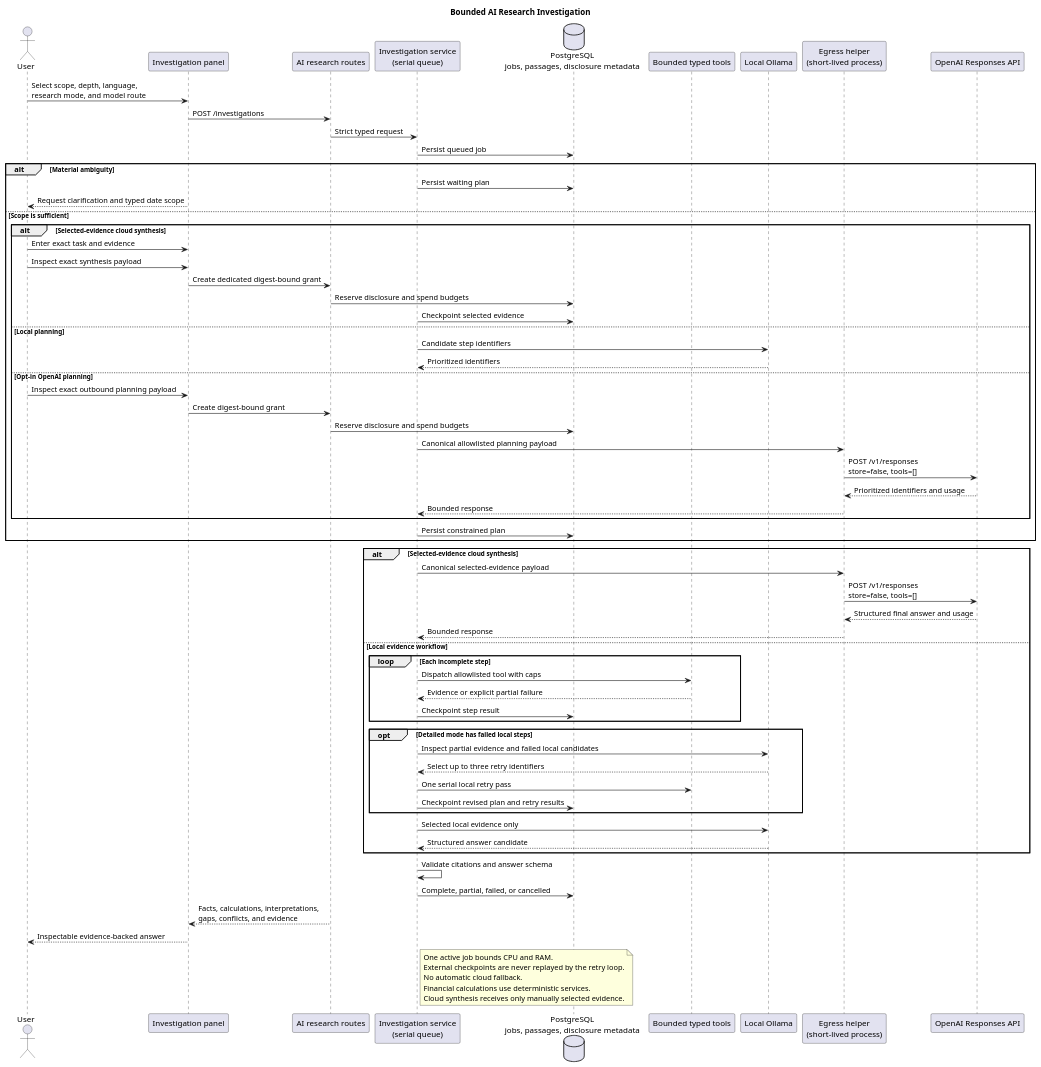
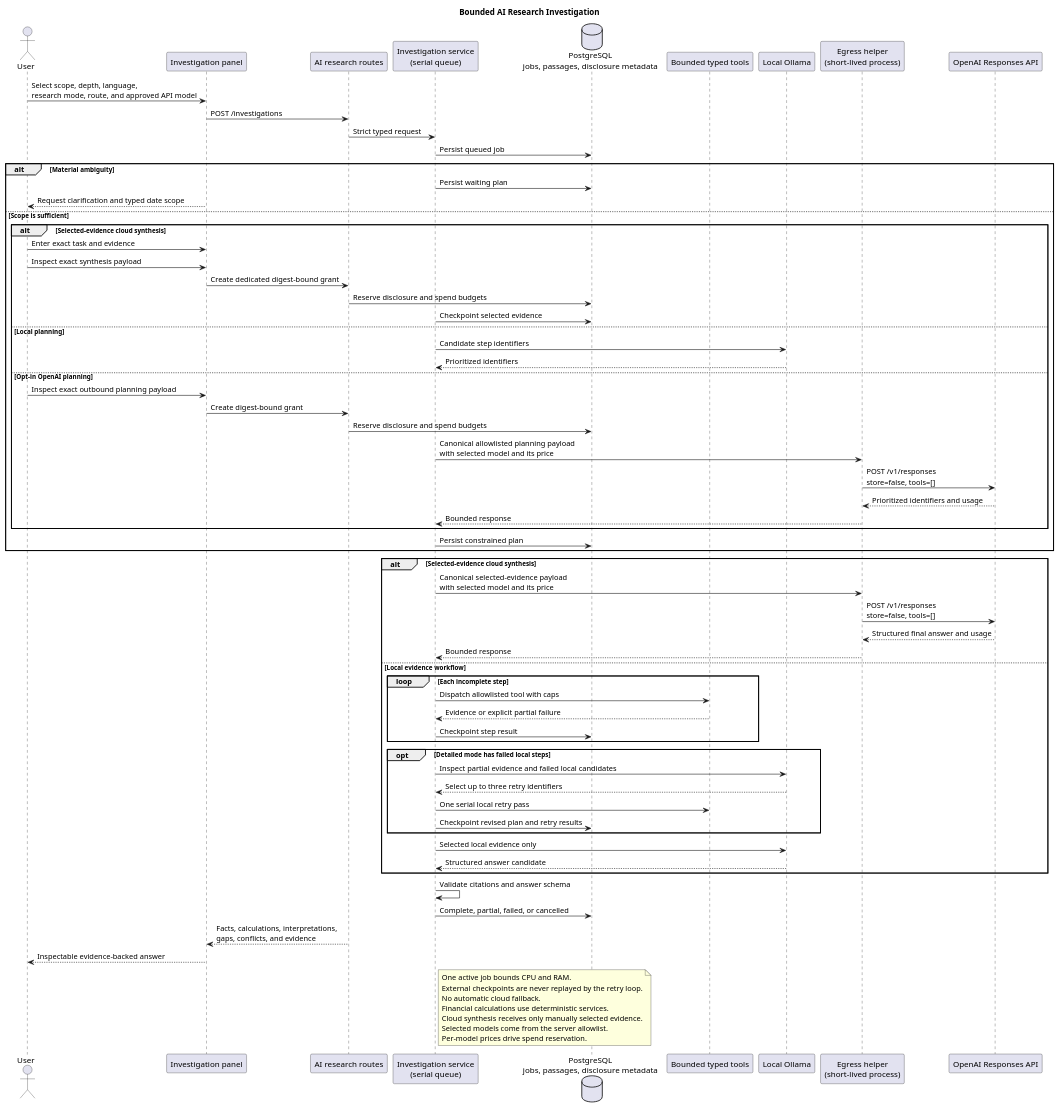
Before and after one commit to EraPartner/Vision: the diagram in docs/diagrams/ai-research-investigation-flow.puml, drawn with PlantUML. The commit also changed 16 other files, not shown here.

Commit message:
feat(ai): allowlist OpenAI research models

```diff
--- a/docs/diagrams/ai-research-investigation-flow.puml
+++ b/docs/diagrams/ai-research-investigation-flow.puml
@@ -1,78 +1,80 @@
 @startuml
 title Bounded AI Research Investigation
 
 actor User
 participant "Investigation panel" as UI
 participant "AI research routes" as API
 participant "Investigation service\n(serial queue)" as Orchestrator
 database "PostgreSQL\njobs, passages, disclosure metadata" as DB
 participant "Bounded typed tools" as Tools
 participant "Local Ollama" as Ollama
 participant "Egress helper\n(short-lived process)" as Egress
 participant "OpenAI Responses API" as OpenAI
 
-User -> UI: Select scope, depth, language,\nresearch mode, and model route
+User -> UI: Select scope, depth, language,\nresearch mode, route, and approved API model
 UI -> API: POST /investigations
 API -> Orchestrator: Strict typed request
 Orchestrator -> DB: Persist queued job
 alt Material ambiguity
   Orchestrator -> DB: Persist waiting plan
   UI --> User: Request clarification and typed date scope
 else Scope is sufficient
   alt Selected-evidence cloud synthesis
     User -> UI: Enter exact task and evidence
     User -> UI: Inspect exact synthesis payload
     UI -> API: Create dedicated digest-bound grant
     API -> DB: Reserve disclosure and spend budgets
     Orchestrator -> DB: Checkpoint selected evidence
   else Local planning
     Orchestrator -> Ollama: Candidate step identifiers
     Ollama --> Orchestrator: Prioritized identifiers
   else Opt-in OpenAI planning
     User -> UI: Inspect exact outbound planning payload
     UI -> API: Create digest-bound grant
     API -> DB: Reserve disclosure and spend budgets
-    Orchestrator -> Egress: Canonical allowlisted planning payload
+    Orchestrator -> Egress: Canonical allowlisted planning payload\nwith selected model and its price
     Egress -> OpenAI: POST /v1/responses\nstore=false, tools=[]
     OpenAI --> Egress: Prioritized identifiers and usage
     Egress --> Orchestrator: Bounded response
   end
   Orchestrator -> DB: Persist constrained plan
 end
 alt Selected-evidence cloud synthesis
-  Orchestrator -> Egress: Canonical selected-evidence payload
+  Orchestrator -> Egress: Canonical selected-evidence payload\nwith selected model and its price
   Egress -> OpenAI: POST /v1/responses\nstore=false, tools=[]
   OpenAI --> Egress: Structured final answer and usage
   Egress --> Orchestrator: Bounded response
 else Local evidence workflow
   loop Each incomplete step
     Orchestrator -> Tools: Dispatch allowlisted tool with caps
     Tools --> Orchestrator: Evidence or explicit partial failure
     Orchestrator -> DB: Checkpoint step result
   end
 
   opt Detailed mode has failed local steps
     Orchestrator -> Ollama: Inspect partial evidence and failed local candidates
     Ollama --> Orchestrator: Select up to three retry identifiers
     Orchestrator -> Tools: One serial local retry pass
     Orchestrator -> DB: Checkpoint revised plan and retry results
   end
 
   Orchestrator -> Ollama: Selected local evidence only
   Ollama --> Orchestrator: Structured answer candidate
 end
 
 Orchestrator -> Orchestrator: Validate citations and answer schema
 Orchestrator -> DB: Complete, partial, failed, or cancelled
 API --> UI: Facts, calculations, interpretations,\ngaps, conflicts, and evidence
 UI --> User: Inspectable evidence-backed answer
 
 note right of Orchestrator
 One active job bounds CPU and RAM.
 External checkpoints are never replayed by the retry loop.
 No automatic cloud fallback.
 Financial calculations use deterministic services.
 Cloud synthesis receives only manually selected evidence.
+Selected models come from the server allowlist.
+Per-model prices drive spend reservation.
 end note
 
 @enduml
```
